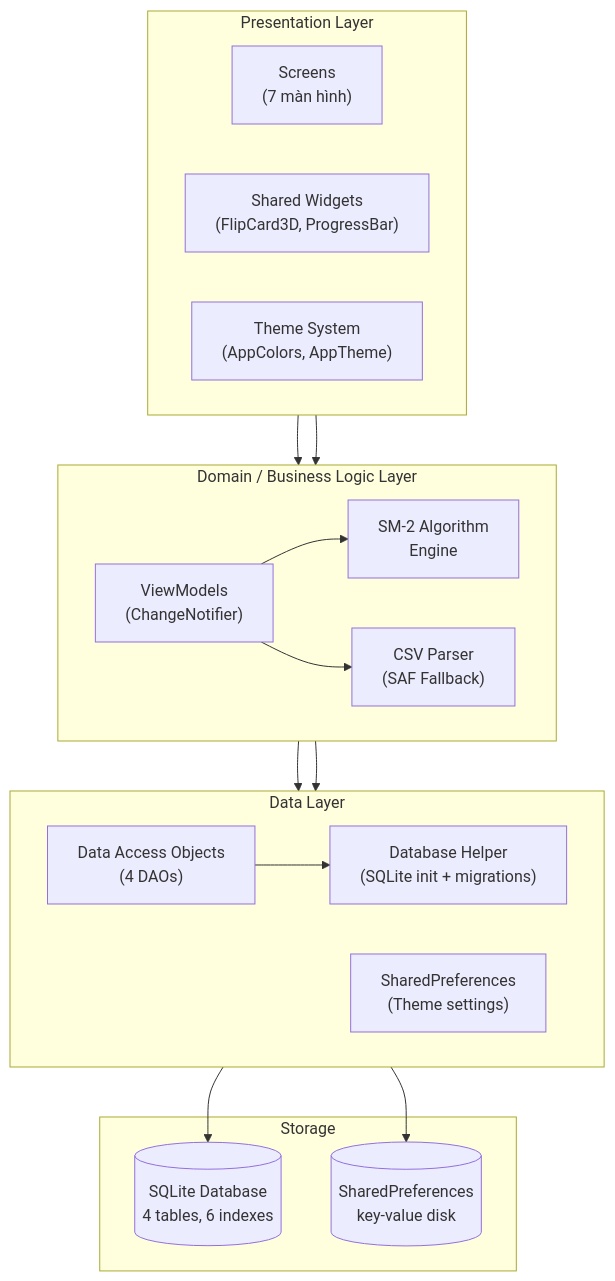
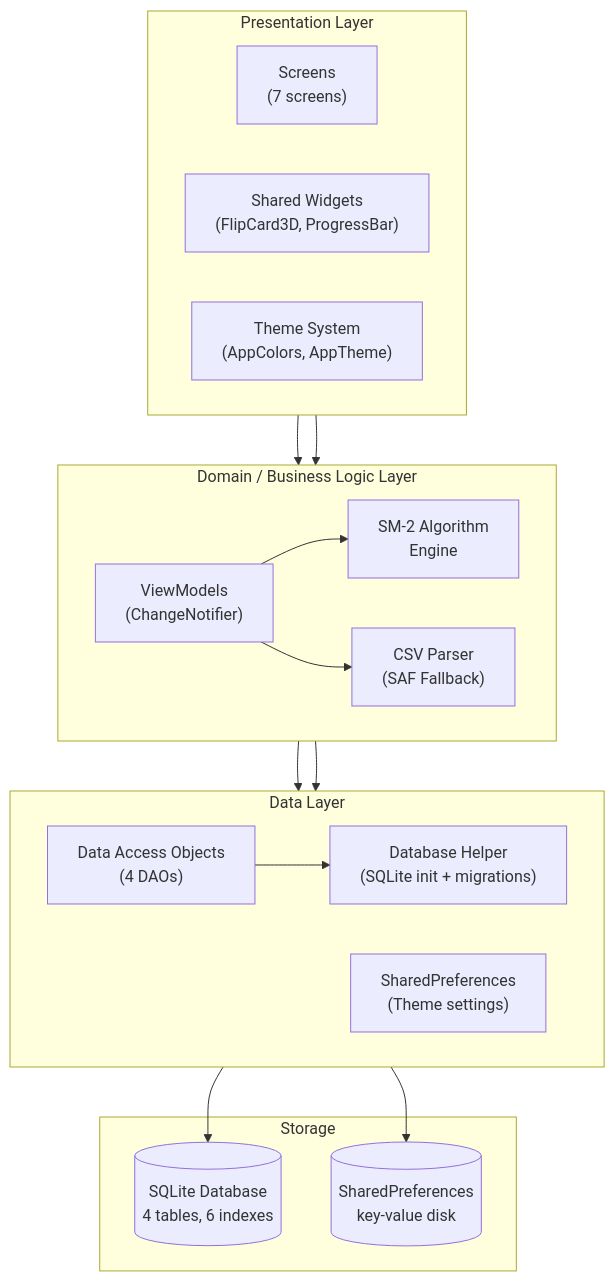
One commit to githubuser2777/ZenFlashCard changed the first of 4 diagrams in docs/architecture.md. Above: the diagram before and after it, drawn with Mermaid. The commit also changed other lines of this file and 7 other files, not shown here.

````diff
--- a/docs/architecture.md
+++ b/docs/architecture.md
@@ -11,38 +11,38 @@
 ```mermaid
 graph TB
     subgraph Presentation["Presentation Layer"]
         direction LR
-        Screens["Screens<br/>(7 màn hình)"]
+        Screens["Screens<br/>(7 screens)"]
         Widgets["Shared Widgets<br/>(FlipCard3D, ProgressBar)"]
         Theme["Theme System<br/>(AppColors, AppTheme)"]
     end
 
     subgraph Domain["Domain / Business Logic Layer"]
         direction LR
         ViewModels["ViewModels<br/>(ChangeNotifier)"]
         SM2["SM-2 Algorithm<br/>Engine"]
         CSVParser["CSV Parser<br/>(SAF Fallback)"]
     end
 
     subgraph Data["Data Layer"]
         direction LR
         DAOs["Data Access Objects<br/>(4 DAOs)"]
         DBHelper["Database Helper<br/>(SQLite init + migrations)"]
         Prefs["SharedPreferences<br/>(Theme settings)"]
     end
 
     subgraph Storage["Storage"]
         SQLite[(SQLite Database<br/>4 tables, 6 indexes)]
         SPDisk[(SharedPreferences<br/>key-value disk)]
     end
 
     Screens --> ViewModels
     Widgets --> ViewModels
     ViewModels --> SM2
     ViewModels --> CSVParser
     ViewModels --> DAOs
     ViewModels --> Prefs
     DAOs --> DBHelper
     DBHelper --> SQLite
     Prefs --> SPDisk
 ```
````
